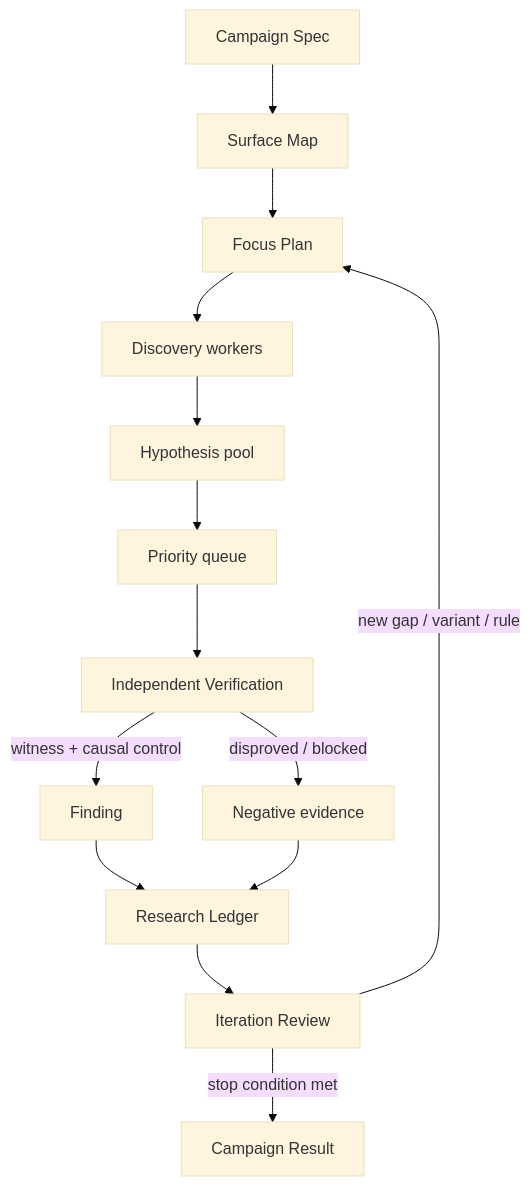
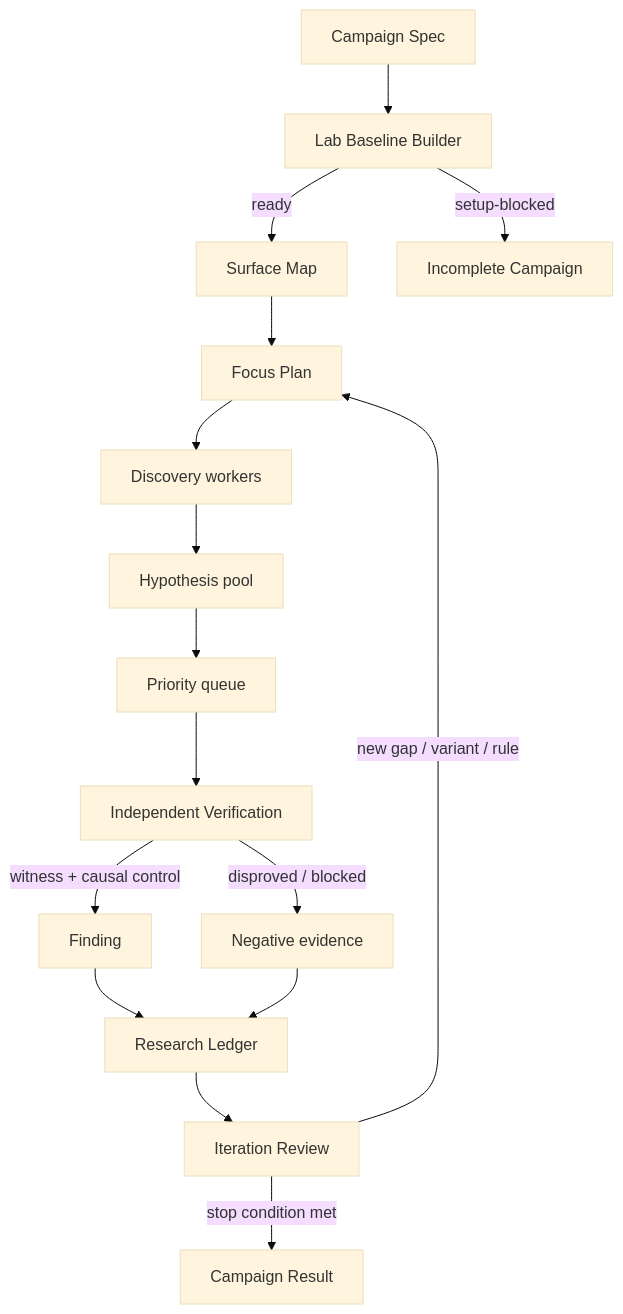
The diagram in docs/design/architecture.md (momoponwork1415-lgtm/wordpress-harness), drawn with Mermaid (base theme) before and after one commit. The commit also changed other lines of this file and 50 other files, not shown here.

Commit message:
docs: complete autonomous research architecture

````diff
--- a/docs/design/architecture.md
+++ b/docs/design/architecture.md
@@ -83,16 +95,18 @@
 ```mermaid
 flowchart TB
-    spec[Campaign Spec] --> map[Surface Map]
+    spec[Campaign Spec] --> setup[Lab Baseline Builder]
+    setup -->|ready| map[Surface Map]
+    setup -->|setup-blocked| result[Incomplete Campaign]
     map --> plan[Focus Plan]
     plan --> discover[Discovery workers]
     discover --> hypotheses[Hypothesis pool]
     hypotheses --> rank[Priority queue]
     rank --> verify[Independent Verification]
     verify -->|witness + causal control| finding[Finding]
     verify -->|disproved / blocked| outcome[Negative evidence]
     finding --> ledger[Research Ledger]
     outcome --> ledger
     ledger --> learn[Iteration Review]
     learn -->|new gap / variant / rule| plan
-    learn -->|stop condition met| result[Campaign Result]
+    learn -->|stop condition met| result2[Campaign Result]
 ```
````
